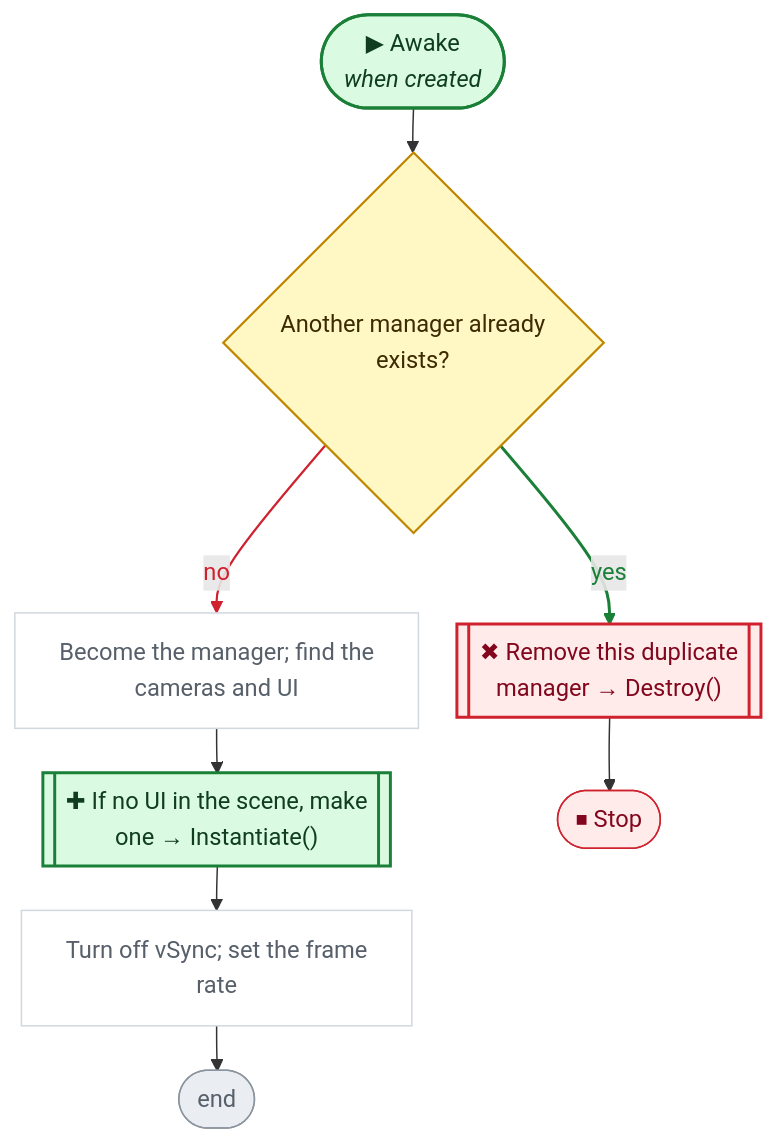
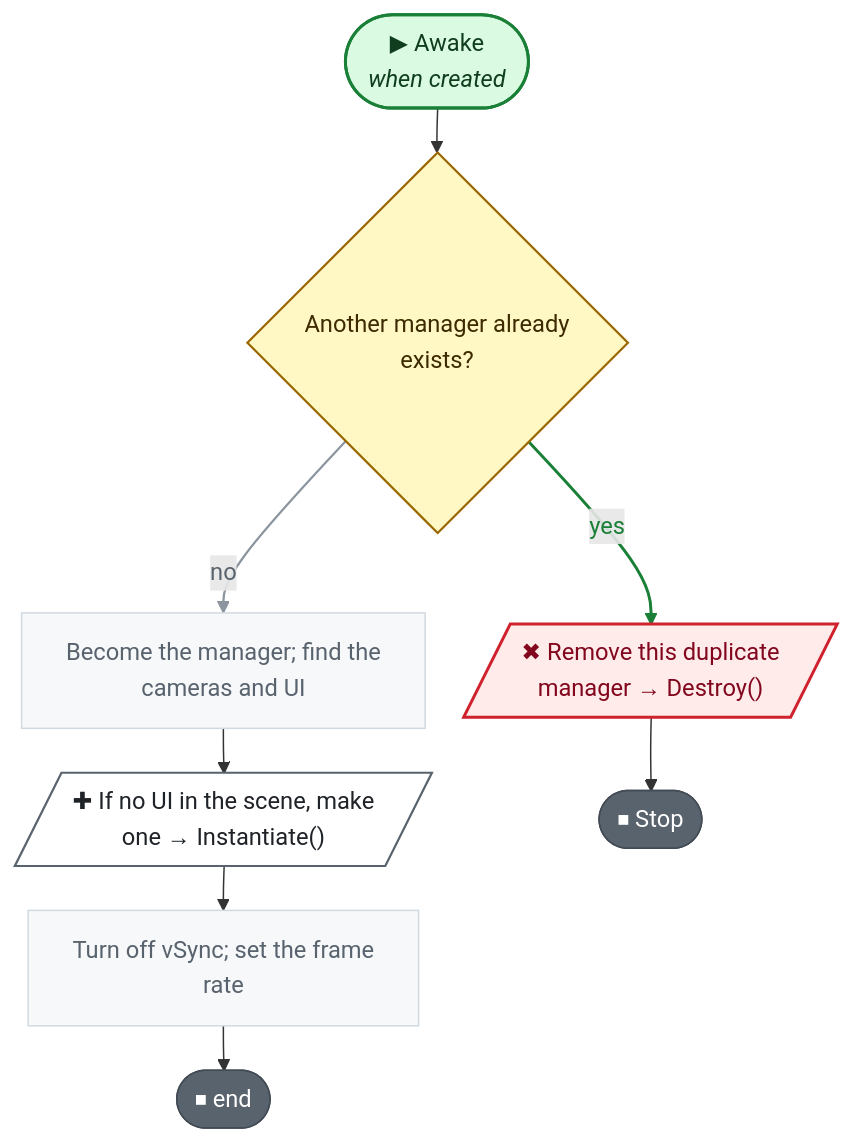
Before and after one commit to nataiai/Lord-of-the-Dungeon: the second of 7 diagrams in CodeGraph~/graph/GameManager.cs.md, drawn with Mermaid. The commit also changed other lines of this file and 57 other files, not shown here.

````diff
--- a/CodeGraph~/graph/GameManager.cs.md
+++ b/CodeGraph~/graph/GameManager.cs.md
@@ -74,48 +76,48 @@
 ```mermaid
 ---
 config:
   flowchart:
     wrappingWidth: 260
     nodeSpacing: 26
     rankSpacing: 30
 ---
 flowchart TD
   nS(["▶ Awake<br><i>when created</i>"])
   n824e86{"Another manager already<br>exists?"}
-  n0f111a[["✖ Remove this duplicate<br>manager → Destroy()"]]
+  n0f111a[/"✖ Remove this duplicate<br>manager → Destroy()"/]
   nbe6098["Become the manager; find the<br>cameras and UI"]
-  nb42b42[["✚ If no UI in the scene, make<br>one → Instantiate()"]]
+  nb42b42[/"✚ If no UI in the scene, make<br>one → Instantiate()"/]
   nd2144a["Turn off vSync; set the frame<br>rate"]
-  nE(["end"])
+  nE(["⏹ end"])
   nb2e4fc(["⏹ Stop"])
   nS --> n824e86
   n0f111a --> nb2e4fc
   n824e86 -->|no| nbe6098
   n824e86 -->|yes| n0f111a
   nbe6098 --> nb42b42
   nb42b42 --> nd2144a
   nd2144a --> nE
-  linkStyle 2 stroke:#cf222e,stroke-width:1.5px,color:#cf222e
+  linkStyle 2 stroke:#8c959f,stroke-width:1.5px,color:#59636e
   linkStyle 3 stroke:#1a7f37,stroke-width:2px,color:#1a7f37
   classDef unity fill:#dafbe1,stroke:#1a7f37,stroke-width:2px,color:#0f3d1d
   classDef start fill:#dafbe1,stroke:#1a7f37,stroke-width:2px,color:#0f3d1d
-  classDef calc fill:#ffffff,stroke:#d0d7de,color:#57606a
+  classDef calc fill:#f6f8fa,stroke:#d1d9e0,color:#59636e
   classDef calls fill:#ddf4ff,stroke:#0969da,stroke-width:2px,color:#0a3069
-  classDef ext fill:#ddf4ff,stroke:#0969da,stroke-width:2px,stroke-dasharray:5 3,color:#0a3069
-  classDef cond fill:#fff8c5,stroke:#bf8700,stroke-width:1.5px,color:#3d2a00
-  classDef loop fill:#f6f8fa,stroke:#57606a,color:#1f2328
-  classDef exit fill:#ffebe9,stroke:#cf222e,color:#82071e
+  classDef ext fill:#f6f8fa,stroke:#59636e,stroke-width:1.5px,stroke-dasharray:5 5,color:#1f2328
+  classDef cond fill:#fff8c5,stroke:#9a6700,stroke-width:1.5px,color:#3d2a00
+  classDef loop fill:#fff8c5,stroke:#9a6700,color:#3d2a00
+  classDef wait fill:#fff8c5,stroke:#9a6700,color:#3d2a00
+  classDef exit fill:#59636e,stroke:#424a53,color:#ffffff
+  classDef fin fill:#59636e,stroke:#424a53,color:#ffffff
+  classDef act fill:#ffffff,stroke:#59636e,stroke-width:1.5px,color:#1f2328
   classDef kill fill:#ffebe9,stroke:#cf222e,stroke-width:2px,color:#82071e
-  classDef spawn fill:#dafbe1,stroke:#1a7f37,stroke-width:2px,color:#0f3d1d
-  classDef wait fill:#fff1e5,stroke:#bc4c00,color:#4d1d00
-  classDef fin fill:#eaeef2,stroke:#8c959f,color:#57606a
   classDef join fill:#d0d7de,stroke:#8c959f,color:#57606a
   classDef ghdr fill:#f5f9ff,stroke:#f5f9ff,color:#0a3069,font-weight:bold
+  class nb42b42 act
   class nbe6098,nd2144a calc
   class n824e86 cond
   class nb2e4fc exit
   class nE fin
   class n0f111a kill
-  class nb42b42 spawn
   class nS unity
 ```
````
